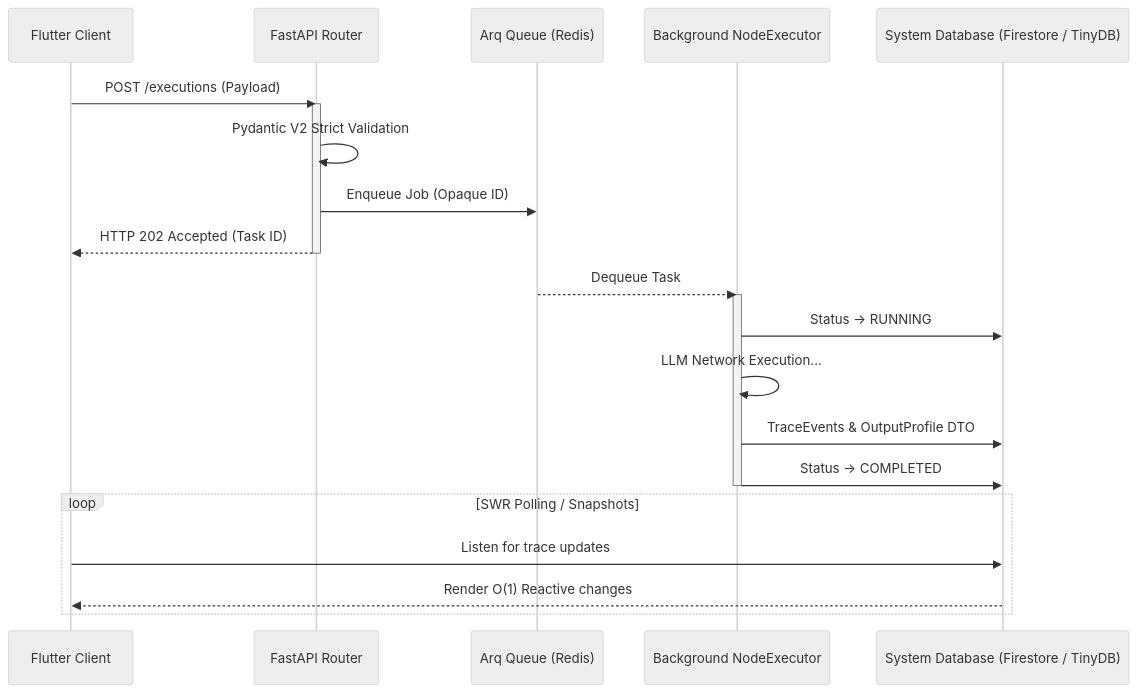
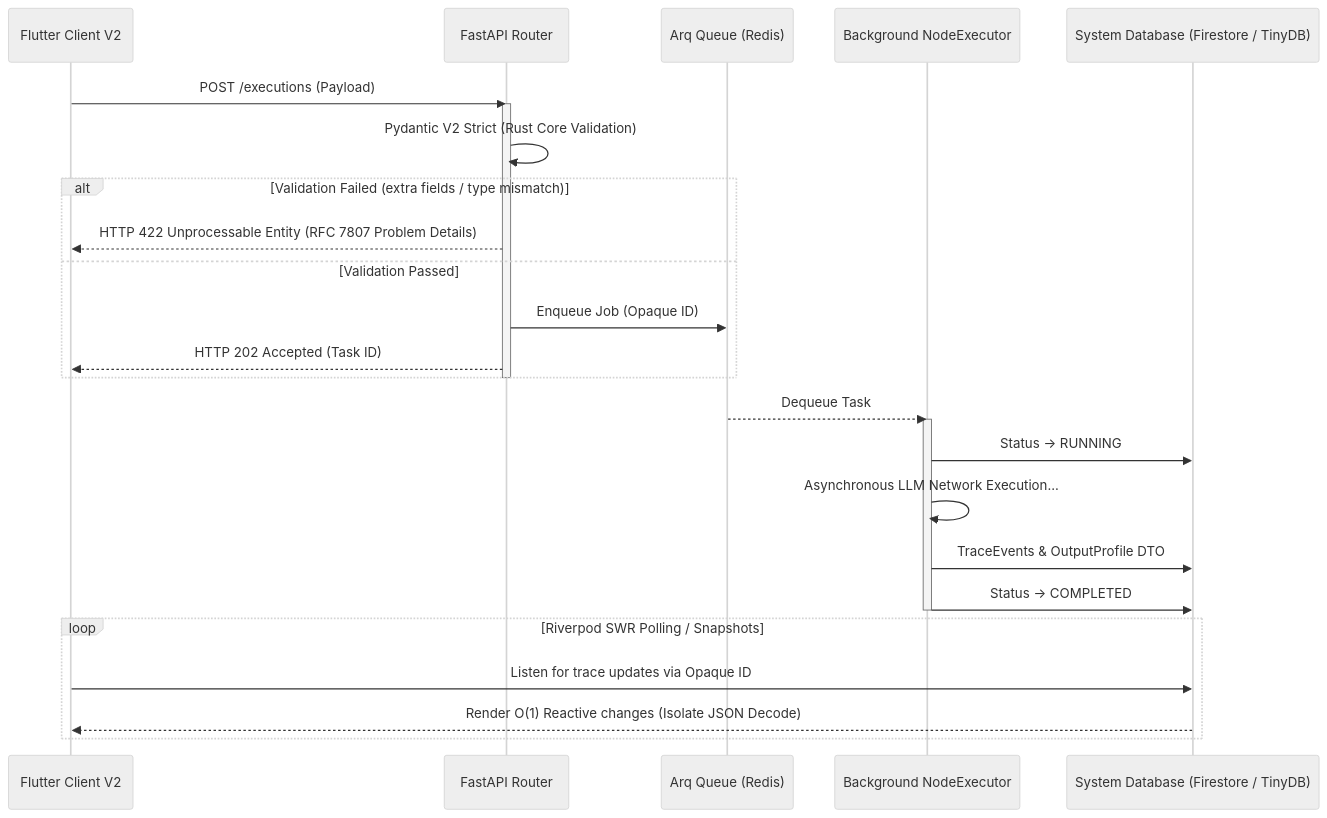
The diagram in docs/architecture/01_backend_api_and_core.md (launis/quorum), drawn with Mermaid (neutral theme) before and after one commit. The commit also changed other lines of this file and 9 other files, not shown here.

Commit message:
docs: add comprehensive architecture documentation covering dynamic rendering, persistence, and system design principles

````diff
--- a/docs/architecture/01_backend_api_and_core.md
+++ b/docs/architecture/01_backend_api_and_core.md
@@ -9,28 +9,33 @@
 ```mermaid
 sequenceDiagram
-    participant UI as Flutter Client
+    participant UI as Flutter Client V2
     participant API as FastAPI Router
     participant Redis as Arq Queue (Redis)
     participant Worker as Background NodeExecutor
     participant DB as System Database (Firestore / TinyDB)
 
     UI->>API: POST /executions (Payload)
     activate API
-    API->>API: Pydantic V2 Strict Validation
-    API->>Redis: Enqueue Job (Opaque ID)
-    API-->>UI: HTTP 202 Accepted (Task ID)
+    API->>API: Pydantic V2 Strict (Rust Core Validation)
+    
+    alt Validation Failed (extra fields / type mismatch)
+        API-->>UI: HTTP 422 Unprocessable Entity (RFC 7807 Problem Details)
+    else Validation Passed
+        API->>Redis: Enqueue Job (Opaque ID)
+        API-->>UI: HTTP 202 Accepted (Task ID)
+    end
     deactivate API
 
     Redis-->>Worker: Dequeue Task
     activate Worker
     Worker->>DB: Status -> RUNNING
-    Worker->>Worker: LLM Network Execution...
+    Worker->>Worker: Asynchronous LLM Network Execution...
     Worker->>DB: TraceEvents & OutputProfile DTO
     Worker->>DB: Status -> COMPLETED
     deactivate Worker
 
-    loop SWR Polling / Snapshots
-        UI->>DB: Listen for trace updates
-        DB-->>UI: Render O(1) Reactive changes
+    loop Riverpod SWR Polling / Snapshots
+        UI->>DB: Listen for trace updates via Opaque ID
+        DB-->>UI: Render O(1) Reactive changes (Isolate JSON Decode)
     end
 ```
````
